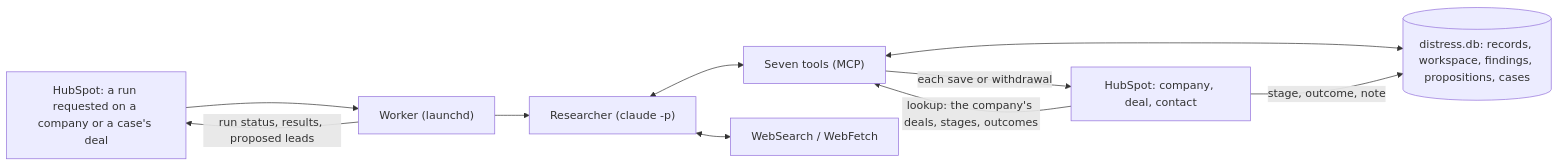
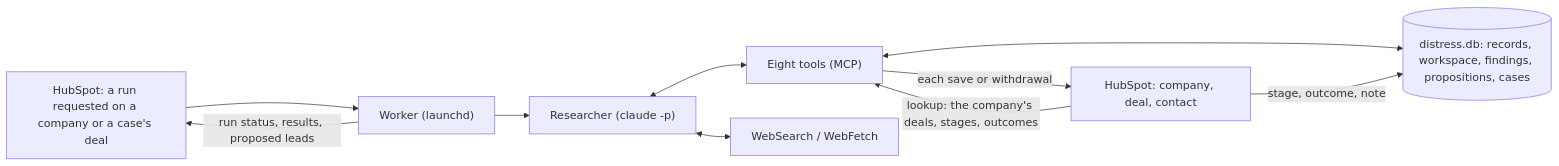
The diagram in SPEC.md (owassmer/distress-signals), drawn with Mermaid before and after one commit. The commit also changed other lines of this file and 11 other files, not shown here.

````diff
--- a/SPEC.md
+++ b/SPEC.md
@@ -36,12 +36,12 @@
 ```mermaid
 flowchart LR
     H["HubSpot: a run requested on a company or a case's deal"] --> W["Worker (launchd)"]
     W --> R["Researcher (claude -p)"]
-    R <--> T["Seven tools (MCP)"]
+    R <--> T["Eight tools (MCP)"]
     R <--> X["WebSearch / WebFetch"]
     T <--> S[("distress.db: records, workspace, findings, propositions, cases")]
     T -->|"each save or withdrawal"| D["HubSpot: company, deal, contact"]
     D -->|"lookup: the company's deals, stages, outcomes"| T
     W -->|"run status, results, proposed leads"| H
     D -->|"stage, outcome, note"| S
 ```
````
